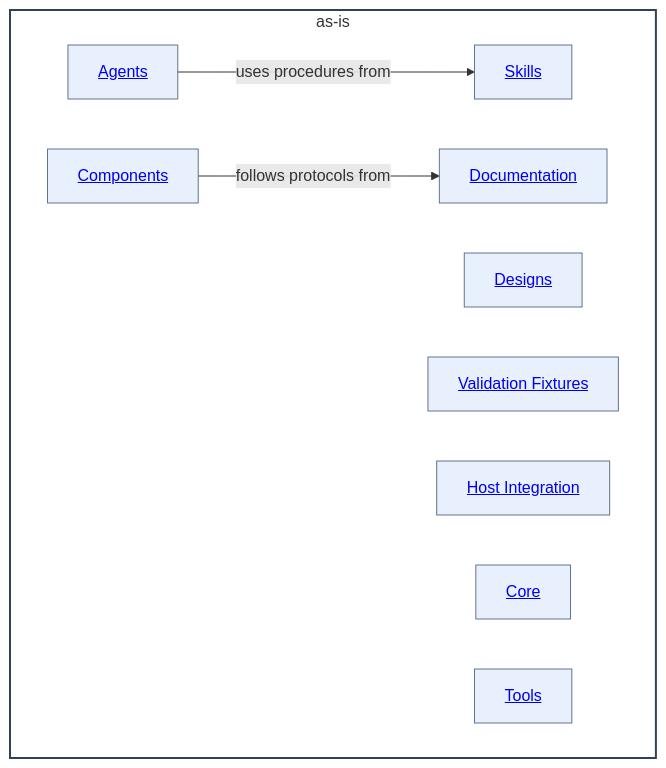
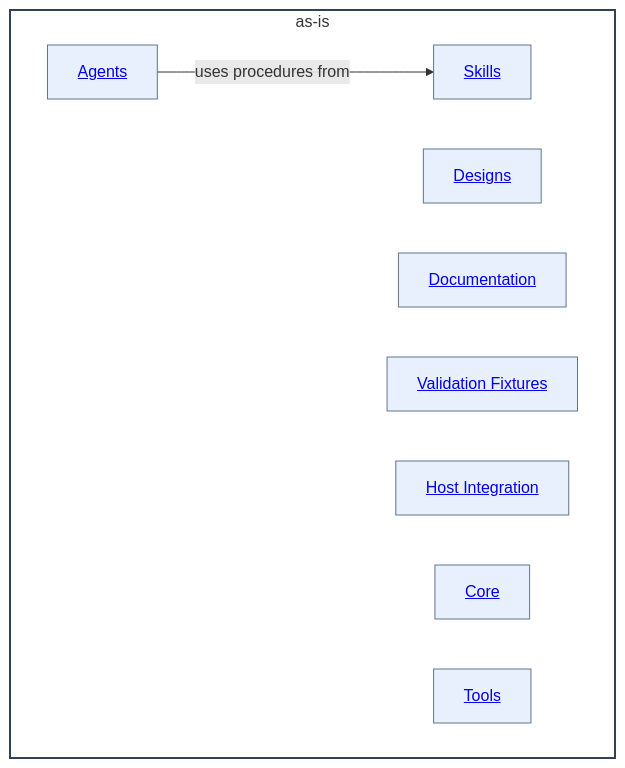
The diagram in as-is.md (abstract-business-systems/as-is), drawn with Mermaid before and after one commit. The commit also changed other lines of this file and 32 other files, not shown here.

````diff
--- a/as-is.md
+++ b/as-is.md
@@ -42,22 +41,20 @@
 ```mermaid
 %%{init: {"securityLevel": "loose"}}%%
 flowchart LR
     subgraph Root["as-is"]
         direction LR
         Agents["<a href='./agents/as-is.md#design'>Agents</a>"]
         Designs["<a href='./designs/as-is.md#design'>Designs</a>"]
         Skills["<a href='./skills/as-is.md#design'>Skills</a>"]
-        Components["<a href='./components/as-is.md#design'>Components</a>"]
         Documentation["<a href='./docs/as-is.md#design'>Documentation</a>"]
         Fixtures["<a href='./validation-fixtures/as-is.md#design'>Validation Fixtures</a>"]
         HostIntegration["<a href='./host-integration/as-is.md#design'>Host Integration</a>"]
         Core["<a href='./core/as-is.md#design'>Core</a>"]
         Tools["<a href='./tools/as-is.md#design'>Tools</a>"]
         Agents -->|uses procedures from| Skills
-        Components -->|follows protocols from| Documentation
     end
     classDef component fill:#f8fafc,fill-opacity:0.1,stroke:#334155,stroke-width:2px
     classDef child fill:#2563eb,fill-opacity:0.1,stroke:#64748b,stroke-width:1px
     class Root component
-    class Agents,Designs,Skills,Components,Documentation,Fixtures,HostIntegration,Core,Tools child
+    class Agents,Designs,Skills,Documentation,Fixtures,HostIntegration,Core,Tools child
 ```
````
